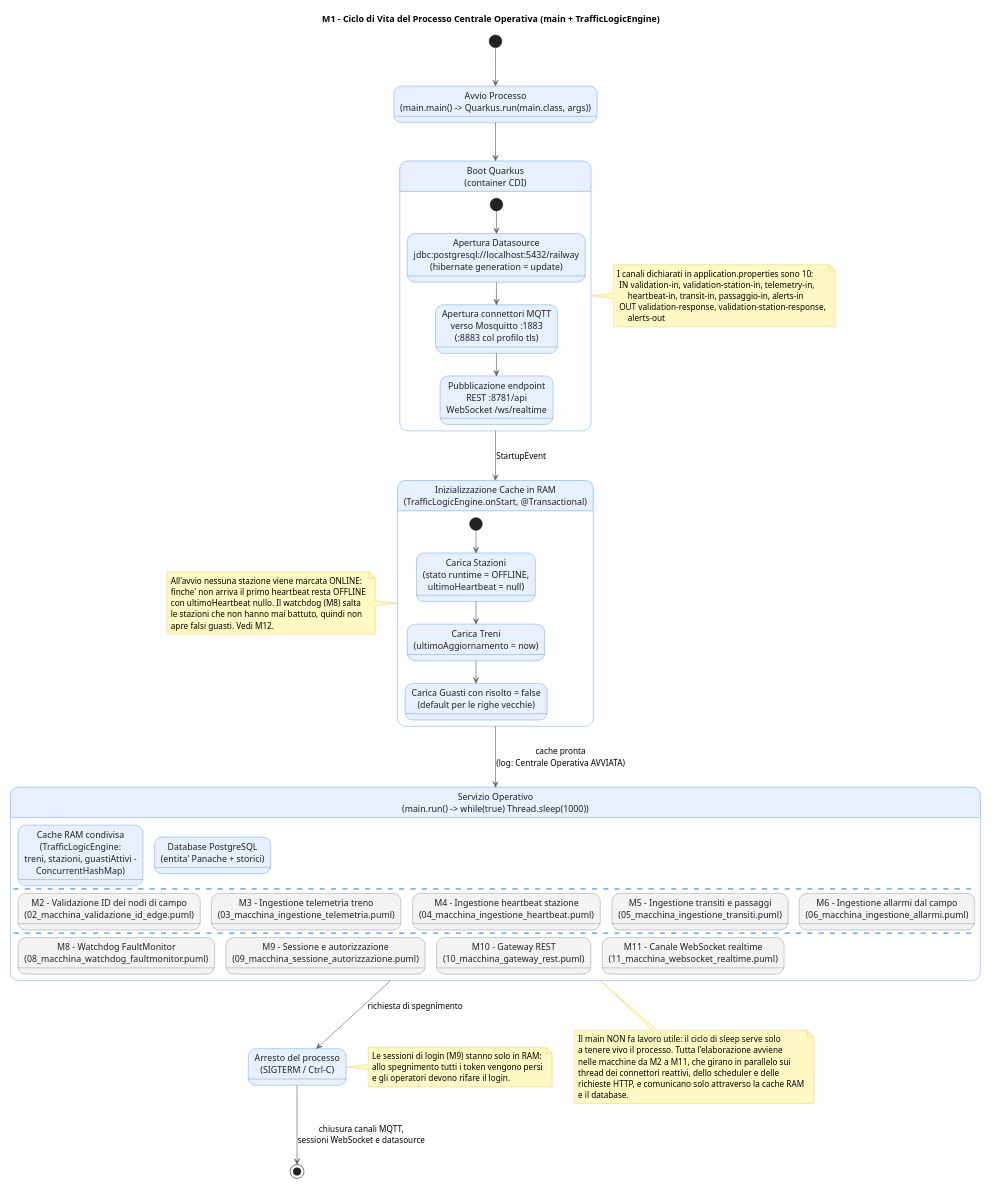
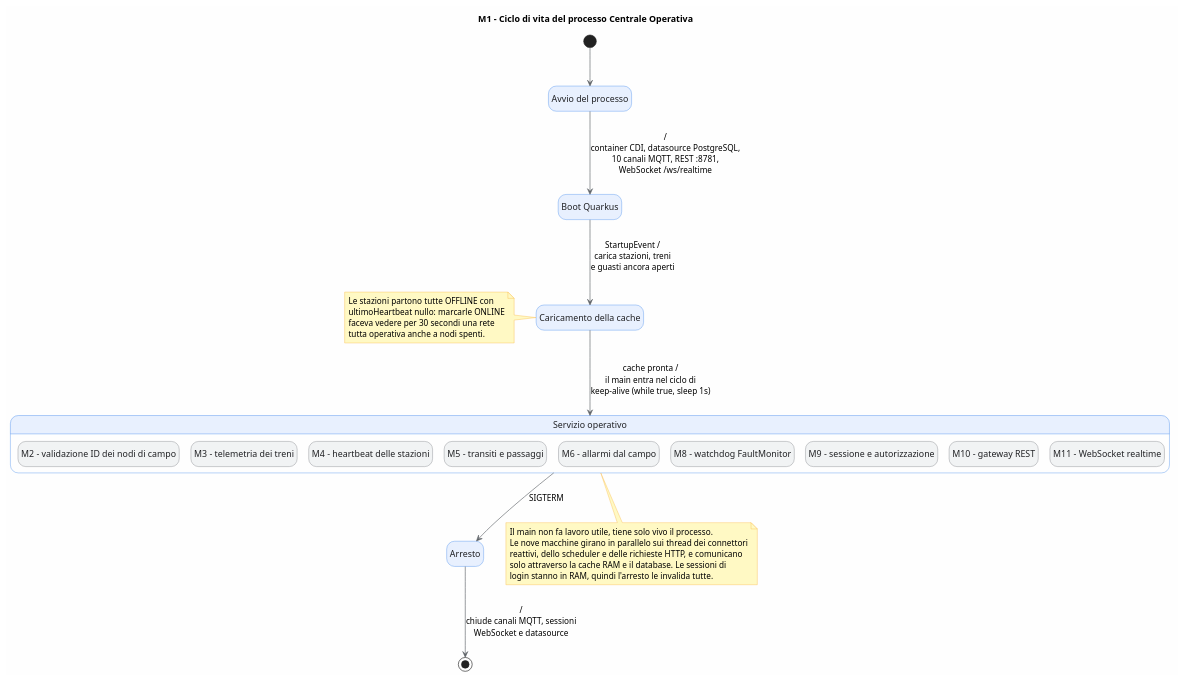
Before and after one commit to mar-robba/PISSIR: the diagram in doc/ArchitetturaMaggiormenteApprofondita/Stati_diagram/ServerCentrale/01_macchina_ciclo_vita_centrale.puml, drawn with PlantUML. The commit also changed 186 other files, not shown here.

```diff
--- a/doc/ArchitetturaMaggiormenteApprofondita/Stati_diagram/ServerCentrale/01_macchina_ciclo_vita_centrale.puml
+++ b/doc/ArchitetturaMaggiormenteApprofondita/Stati_diagram/ServerCentrale/01_macchina_ciclo_vita_centrale.puml
@@ -1,122 +1,76 @@
-@startuml M1 - Ciclo di Vita del Processo Centrale Operativa
+@startuml M1 - Ciclo di vita del processo Centrale Operativa
 ' =========================================================================
 '  MACCHINA M1 - Ciclo di vita del processo della Centrale Operativa
 '
 '  Codice astratto:
-'    it.uni.reti2.main                                (@QuarkusMain)
-'    it.uni.reti2.elaboration.TrafficLogicEngine#onStart  (@Observes StartupEvent)
-'    src/main/resources/application.properties        (canali MQTT e datasource)
+'    it.uni.reti2.main                                   (@QuarkusMain)
+'    it.uni.reti2.elaboration.TrafficLogicEngine#onStart (@Observes StartupEvent)
+'    src/main/resources/application.properties           (canali MQTT e datasource)
 '
-'  E' la macchina RADICE: quando entra nello stato "Servizio Operativo"
-'  fa partire in parallelo tutte le altre macchine del componente.
-'  Indice generale: 00_mappa_delle_macchine.puml
+'  E' la macchina radice: entrando in "Servizio operativo" fa partire in
+'  parallelo tutte le altre. Mappa generale: 00_mappa_delle_macchine.puml
 ' =========================================================================
 
 skinparam backgroundColor #FEFEFE
 skinparam state {
     BackgroundColor #E8F0FE
     BorderColor #1A73E8
     FontColor #202124
     ArrowColor #5F6368
     StartColor #34A853
     EndColor #EA4335
 }
 skinparam state<<esterna>> {
     BackgroundColor #F1F3F4
     BorderColor #5F6368
 }
 skinparam note {
     BackgroundColor #FFF9C4
     BorderColor #F9A825
 }
+hide empty description
 
-title M1 - Ciclo di Vita del Processo Centrale Operativa (main + TrafficLogicEngine)
+title M1 - Ciclo di vita del processo Centrale Operativa
 
-[*] --> AvvioProcesso
+[*] --> Avvio
 
-state "Avvio Processo\n(main.main() -> Quarkus.run(main.class, args))" as AvvioProcesso
+state "Avvio del processo" as Avvio
+state "Boot Quarkus" as Boot
+state "Caricamento della cache" as Cache
 
-state "Boot Quarkus\n(container CDI)" as BootQuarkus {
-    state "Apertura Datasource\njdbc:postgresql://localhost:5432/railway\n(hibernate generation = update)" as Datasource
-    state "Apertura connettori MQTT\nverso Mosquitto :1883\n(:8883 col profilo tls)" as Connettori
-    state "Pubblicazione endpoint\nREST :8781/api\nWebSocket /ws/realtime" as EndpointHttp
-
-    [*] --> Datasource
-    Datasource --> Connettori
-    Connettori --> EndpointHttp
+state "Servizio operativo" as Operativo {
+    state "M2 - validazione ID dei nodi di campo" as M2 <<esterna>>
+    state "M3 - telemetria dei treni" as M3 <<esterna>>
+    state "M4 - heartbeat delle stazioni" as M4 <<esterna>>
+    state "M5 - transiti e passaggi" as M5 <<esterna>>
+    state "M6 - allarmi dal campo" as M6 <<esterna>>
+    state "M8 - watchdog FaultMonitor" as M8 <<esterna>>
+    state "M9 - sessione e autorizzazione" as M9 <<esterna>>
+    state "M10 - gateway REST" as M10 <<esterna>>
+    state "M11 - WebSocket realtime" as M11 <<esterna>>
 }
 
-AvvioProcesso --> BootQuarkus
+state "Arresto" as Arresto
 
-note right of BootQuarkus
-  I canali dichiarati in application.properties sono 10:
-   IN  validation-in, validation-station-in, telemetry-in,
-       heartbeat-in, transit-in, passaggio-in, alerts-in
-   OUT validation-response, validation-station-response,
-       alerts-out
+Avvio --> Boot : /\ncontainer CDI, datasource PostgreSQL,\n10 canali MQTT, REST :8781,\nWebSocket /ws/realtime
+Boot --> Cache : StartupEvent /\ncarica stazioni, treni\ne guasti ancora aperti
+Cache --> Operativo : cache pronta /\nil main entra nel ciclo di\nkeep-alive (while true, sleep 1s)
+Operativo --> Arresto : SIGTERM
+Arresto --> [*] : /\nchiude canali MQTT, sessioni\nWebSocket e datasource
+
+note left of Cache
+  Le stazioni partono tutte OFFLINE con
+  ultimoHeartbeat nullo: marcarle ONLINE
+  faceva vedere per 30 secondi una rete
+  tutta operativa anche a nodi spenti.
 end note
 
-state "Inizializzazione Cache in RAM\n(TrafficLogicEngine.onStart, @Transactional)" as InitCache {
-    state "Carica Stazioni\n(stato runtime = OFFLINE,\nultimoHeartbeat = null)" as CaricaStazioni
-    state "Carica Treni\n(ultimoAggiornamento = now)" as CaricaTreni
-    state "Carica Guasti con risolto = false\n(default per le righe vecchie)" as CaricaGuasti
-
-    [*] --> CaricaStazioni
-    CaricaStazioni --> CaricaTreni
-    CaricaTreni --> CaricaGuasti
-}
-
-BootQuarkus --> InitCache : StartupEvent
-
-note left of InitCache
-  All'avvio nessuna stazione viene marcata ONLINE:
-  finche' non arriva il primo heartbeat resta OFFLINE
-  con ultimoHeartbeat nullo. Il watchdog (M8) salta
-  le stazioni che non hanno mai battuto, quindi non
-  apre falsi guasti. Vedi M12.
-end note
-
-' ===================== SERVIZIO A REGIME =====================
-state "Servizio Operativo\n(main.run() -> while(true) Thread.sleep(1000))" as ServizioOperativo {
-
-    state "Cache RAM condivisa\n(TrafficLogicEngine:\ntreni, stazioni, guastiAttivi -\nConcurrentHashMap)" as Cache
-    state "Database PostgreSQL\n(entita' Panache + storici)" as DatabaseCentrale
-
-    --
-
-    state "M2 - Validazione ID dei nodi di campo\n(02_macchina_validazione_id_edge.puml)" as M2 <<esterna>>
-    state "M3 - Ingestione telemetria treno\n(03_macchina_ingestione_telemetria.puml)" as M3 <<esterna>>
-    state "M4 - Ingestione heartbeat stazione\n(04_macchina_ingestione_heartbeat.puml)" as M4 <<esterna>>
-    state "M5 - Ingestione transiti e passaggi\n(05_macchina_ingestione_transiti.puml)" as M5 <<esterna>>
-    state "M6 - Ingestione allarmi dal campo\n(06_macchina_ingestione_allarmi.puml)" as M6 <<esterna>>
-
-    --
-
-    state "M8 - Watchdog FaultMonitor\n(08_macchina_watchdog_faultmonitor.puml)" as M8 <<esterna>>
-    state "M9 - Sessione e autorizzazione\n(09_macchina_sessione_autorizzazione.puml)" as M9 <<esterna>>
-    state "M10 - Gateway REST\n(10_macchina_gateway_rest.puml)" as M10 <<esterna>>
-    state "M11 - Canale WebSocket realtime\n(11_macchina_websocket_realtime.puml)" as M11 <<esterna>>
-}
-
-InitCache --> ServizioOperativo : cache pronta\n(log: Centrale Operativa AVVIATA)
-
-note bottom of ServizioOperativo
-  Il main NON fa lavoro utile: il ciclo di sleep serve solo
-  a tenere vivo il processo. Tutta l'elaborazione avviene
-  nelle macchine da M2 a M11, che girano in parallelo sui
-  thread dei connettori reattivi, dello scheduler e delle
-  richieste HTTP, e comunicano solo attraverso la cache RAM
-  e il database.
-end note
-
-state "Arresto del processo\n(SIGTERM / Ctrl-C)" as Arresto
-ServizioOperativo --> Arresto : richiesta di spegnimento
-Arresto --> [*] : chiusura canali MQTT,\nsessioni WebSocket e datasource
-
-note right of Arresto
-  Le sessioni di login (M9) stanno solo in RAM:
-  allo spegnimento tutti i token vengono persi
-  e gli operatori devono rifare il login.
+note bottom of Operativo
+  Il main non fa lavoro utile, tiene solo vivo il processo.
+  Le nove macchine girano in parallelo sui thread dei connettori
+  reattivi, dello scheduler e delle richieste HTTP, e comunicano
+  solo attraverso la cache RAM e il database. Le sessioni di
+  login stanno in RAM, quindi l'arresto le invalida tutte.
 end note
 
 @enduml
```
